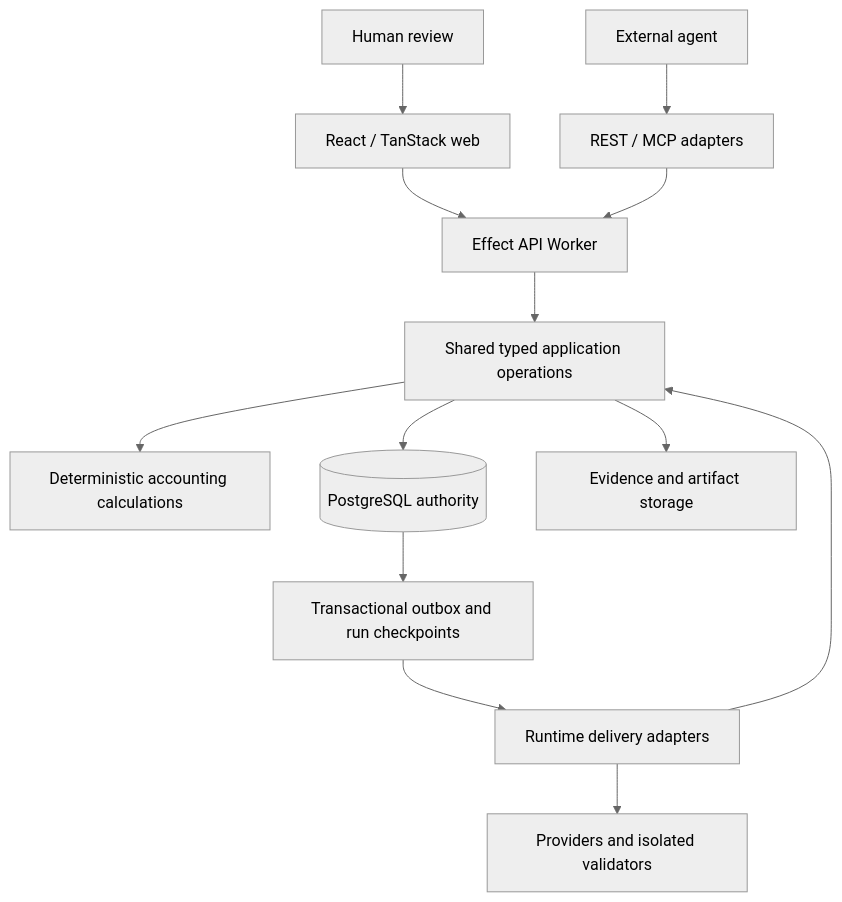
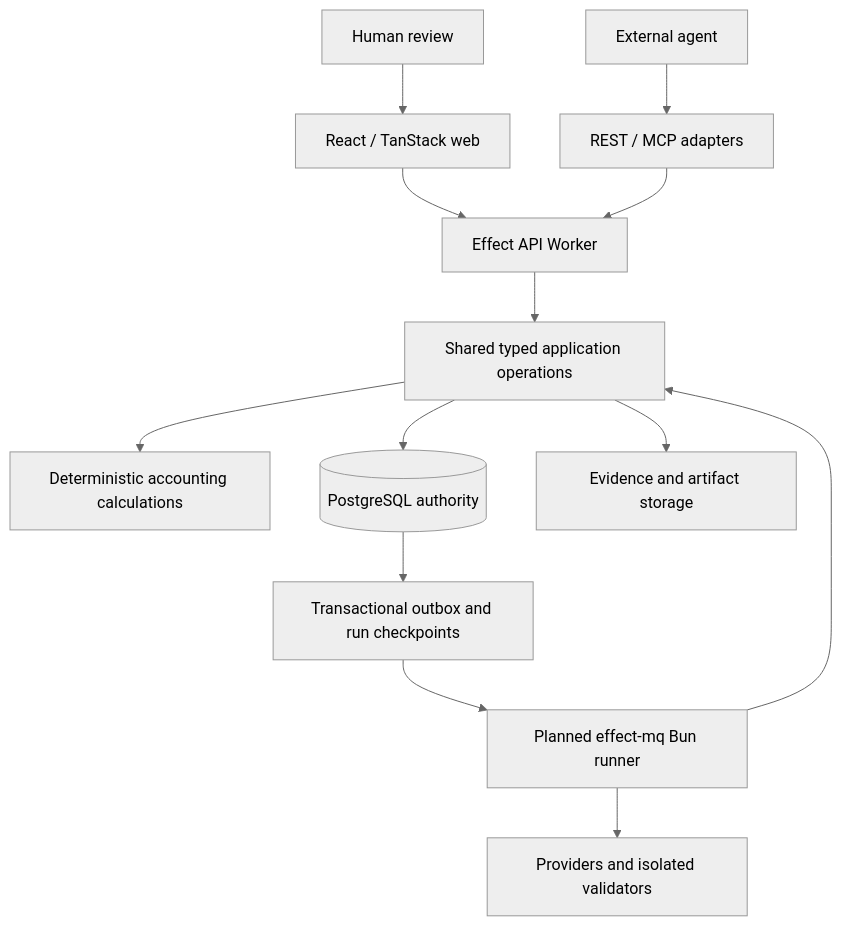
Before and after one commit to erik-kroon/openERP: the diagram in docs/architecture.md, drawn with Mermaid (neutral theme). The commit also changed other lines of this file and 54 other files, not shown here.

````diff
--- a/docs/architecture.md
+++ b/docs/architecture.md
@@ -26,15 +26,15 @@
 ```mermaid
 flowchart TD
     Human[Human review] --> Web[React / TanStack web]
     Web --> API[Effect API Worker]
     Agent[External agent] --> Transports[REST / MCP adapters]
     Transports --> API
     API --> Operations[Shared typed application operations]
     Operations --> Domain[Deterministic accounting calculations]
     Operations --> PG[(PostgreSQL authority)]
     Operations --> Objects[Evidence and artifact storage]
     PG --> Outbox[Transactional outbox and run checkpoints]
-    Outbox --> Jobs[Runtime delivery adapters]
+    Outbox --> Jobs[Planned effect-mq Bun runner]
     Jobs --> Operations
     Jobs --> Providers[Providers and isolated validators]
 ```
````
